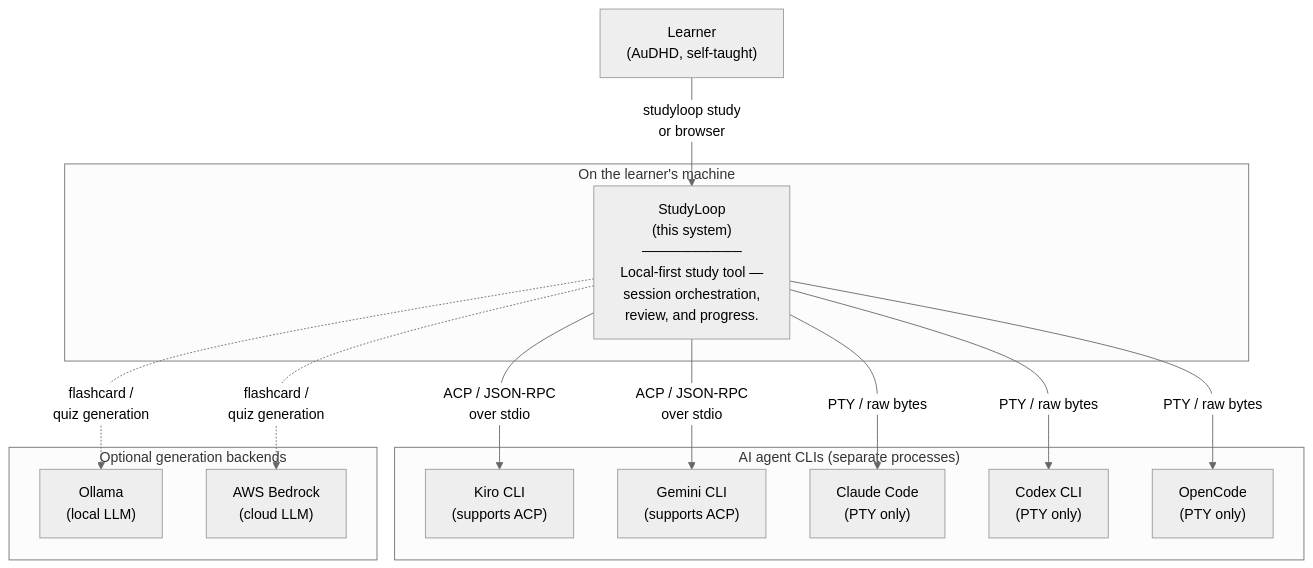
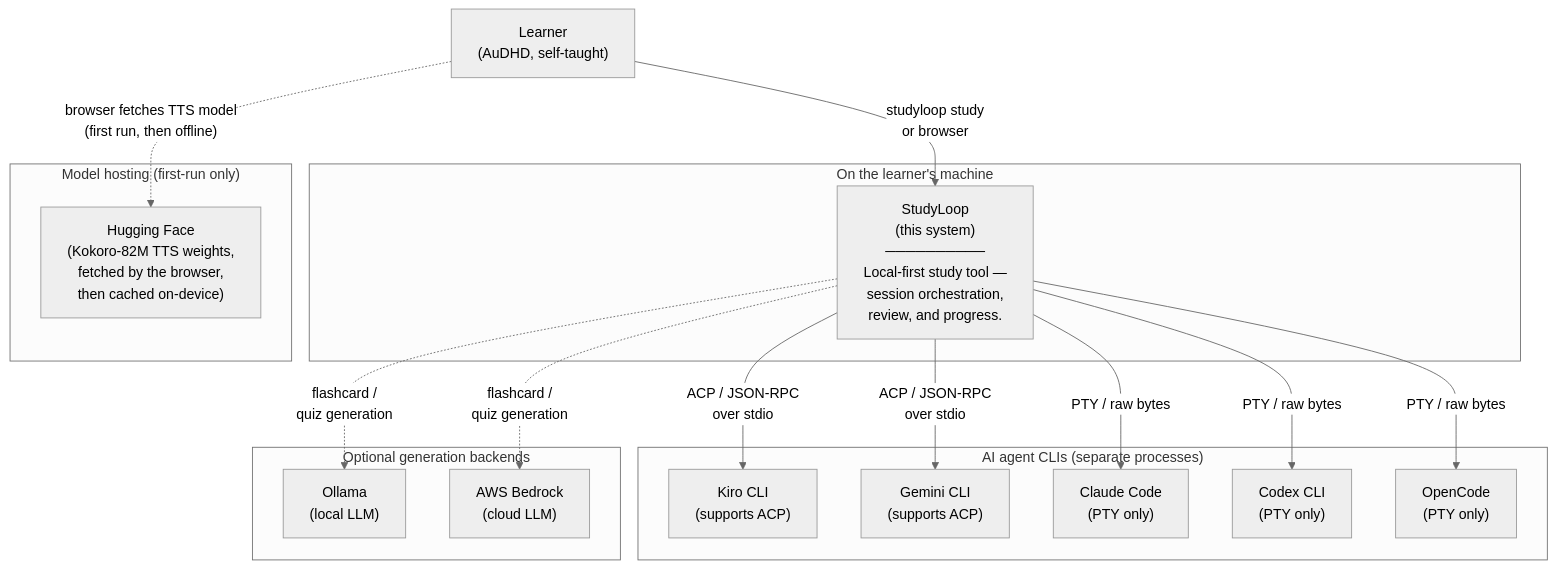
The first of 7 diagrams in docs/architecture/current.md (NetDevAutomate/StudyLoop), drawn with Mermaid (neutral theme) before and after one commit. The commit also changed other lines of this file and 2 other files, not shown here.

First line of the commit message:
docs: document in-browser neural TTS (user guide + C4 architecture)

````diff
--- a/docs/architecture/current.md
+++ b/docs/architecture/current.md
@@ -15,30 +15,35 @@
 ```mermaid
 flowchart TB
     Learner["Learner<br/>(AuDHD, self-taught)"]
 
     subgraph "On the learner's machine"
       StudyLoop["StudyLoop<br/>(this system)<br/>──────────<br/>Local-first study tool —<br/>session orchestration,<br/>review, and progress."]
     end
 
     subgraph "AI agent CLIs (separate processes)"
       Kiro["Kiro CLI<br/>(supports ACP)"]
       Gemini["Gemini CLI<br/>(supports ACP)"]
       Claude["Claude Code<br/>(PTY only)"]
       Codex["Codex CLI<br/>(PTY only)"]
       OpenCode["OpenCode<br/>(PTY only)"]
     end
 
     subgraph "Optional generation backends"
       Ollama["Ollama<br/>(local LLM)"]
       Bedrock["AWS Bedrock<br/>(cloud LLM)"]
     end
 
+    subgraph "Model hosting (first-run only)"
+      HF["Hugging Face<br/>(Kokoro-82M TTS weights,<br/>fetched by the browser,<br/>then cached on-device)"]
+    end
+
     Learner -->|"studyloop study<br/>or browser"| StudyLoop
     StudyLoop -->|"ACP / JSON-RPC<br/>over stdio"| Kiro
     StudyLoop -->|"ACP / JSON-RPC<br/>over stdio"| Gemini
     StudyLoop -->|"PTY / raw bytes"| Claude
     StudyLoop -->|"PTY / raw bytes"| Codex
     StudyLoop -->|"PTY / raw bytes"| OpenCode
     StudyLoop -.->|"flashcard /<br/>quiz generation"| Ollama
     StudyLoop -.->|"flashcard /<br/>quiz generation"| Bedrock
+    Learner -.->|"browser fetches TTS model<br/>(first run, then offline)"| HF
 ```
````
